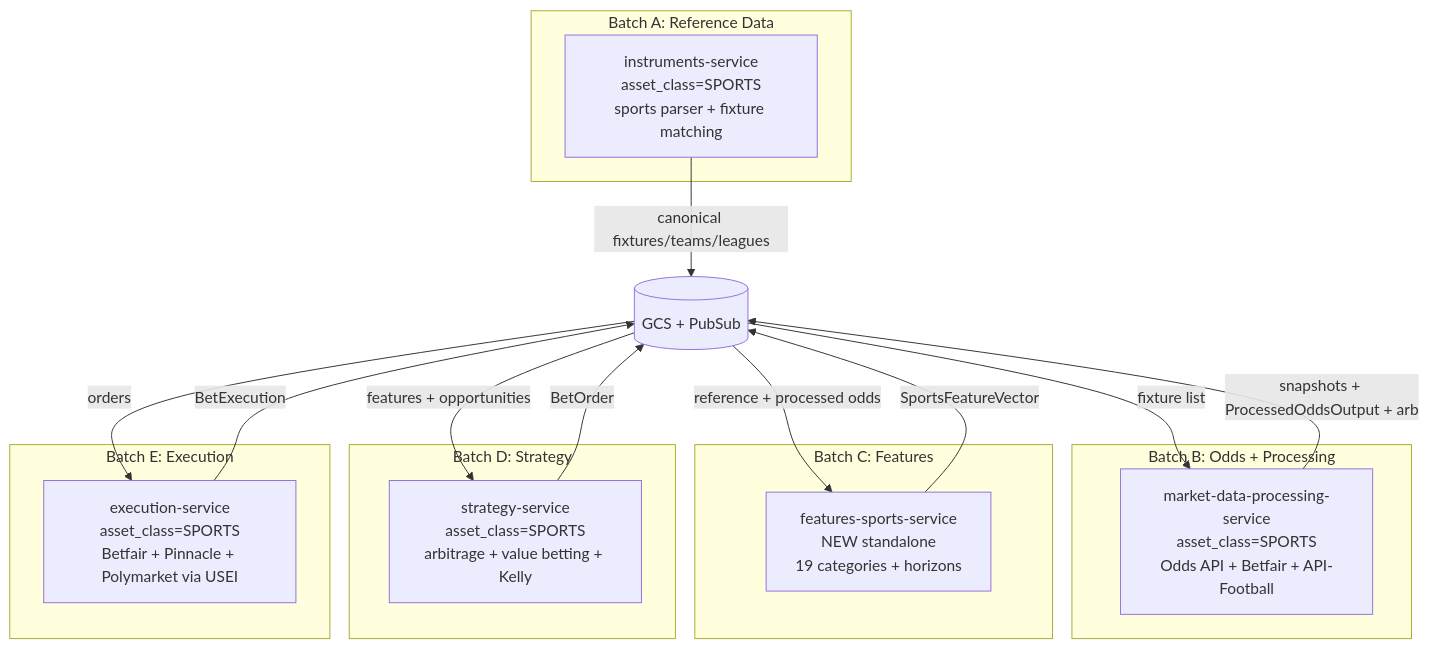
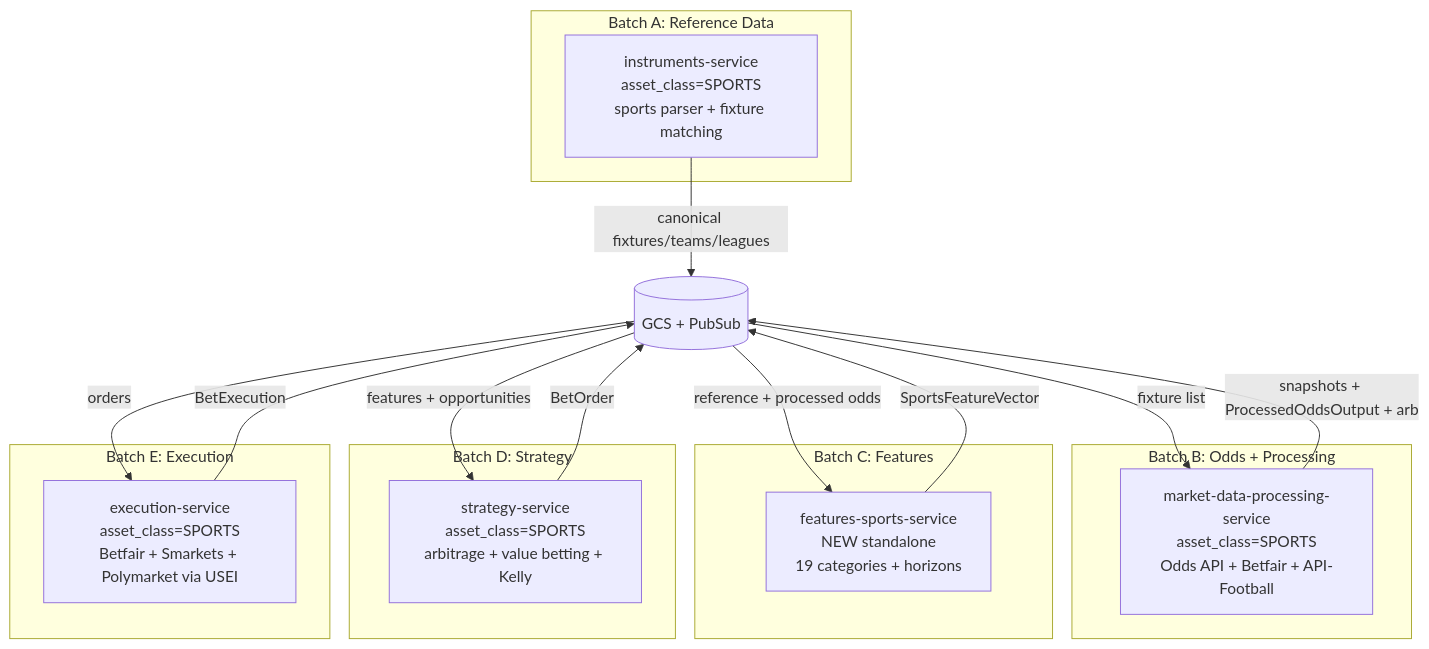
One commit to IggyIkenna/unified-trading-pm changed the tenth of 10 diagrams in codex/04-architecture/deployment-topology-diagrams.md. Above: the diagram before and after it, drawn with Mermaid. The commit also changed 24 other files, not shown here.

````diff
--- a/codex/04-architecture/deployment-topology-diagrams.md
+++ b/codex/04-architecture/deployment-topology-diagrams.md
@@ -484,34 +484,34 @@
 ```mermaid
 graph TD
     subgraph BatchA [Batch A: Reference Data]
         Instruments[instruments-service<br/>asset_class=SPORTS<br/>sports parser + fixture matching]
     end
 
     subgraph BatchB [Batch B: Odds + Processing]
         MDP[market-data-processing-service<br/>asset_class=SPORTS<br/>Odds API + Betfair + API-Football]
     end
 
     subgraph BatchC [Batch C: Features]
         FeatSports[features-sports-service<br/>NEW standalone<br/>19 categories + horizons]
     end
 
     subgraph BatchD [Batch D: Strategy]
         Strategy[strategy-service<br/>asset_class=SPORTS<br/>arbitrage + value betting + Kelly]
     end
 
     subgraph BatchE [Batch E: Execution]
-        Execution[execution-service<br/>asset_class=SPORTS<br/>Betfair + Pinnacle + Polymarket via USEI]
+        Execution[execution-service<br/>asset_class=SPORTS<br/>Betfair + Smarkets + Polymarket via USEI]
     end
 
     GCS[(GCS + PubSub)]
 
     Instruments -->|canonical fixtures/teams/leagues| GCS
     GCS -->|fixture list| MDP
     MDP -->|snapshots + ProcessedOddsOutput + arb| GCS
     GCS -->|reference + processed odds| FeatSports
     FeatSports -->|SportsFeatureVector| GCS
     GCS -->|features + opportunities| Strategy
     Strategy -->|BetOrder| GCS
     GCS -->|orders| Execution
     Execution -->|BetExecution| GCS
 ```
````
